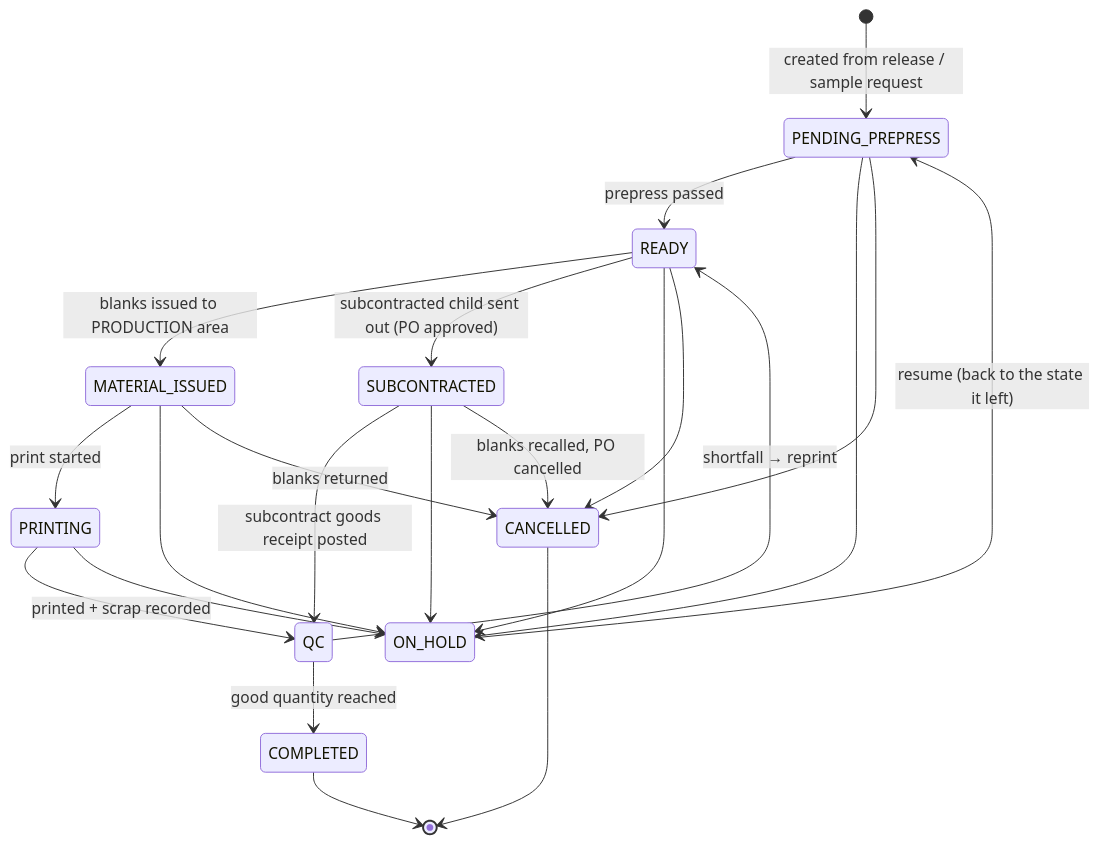
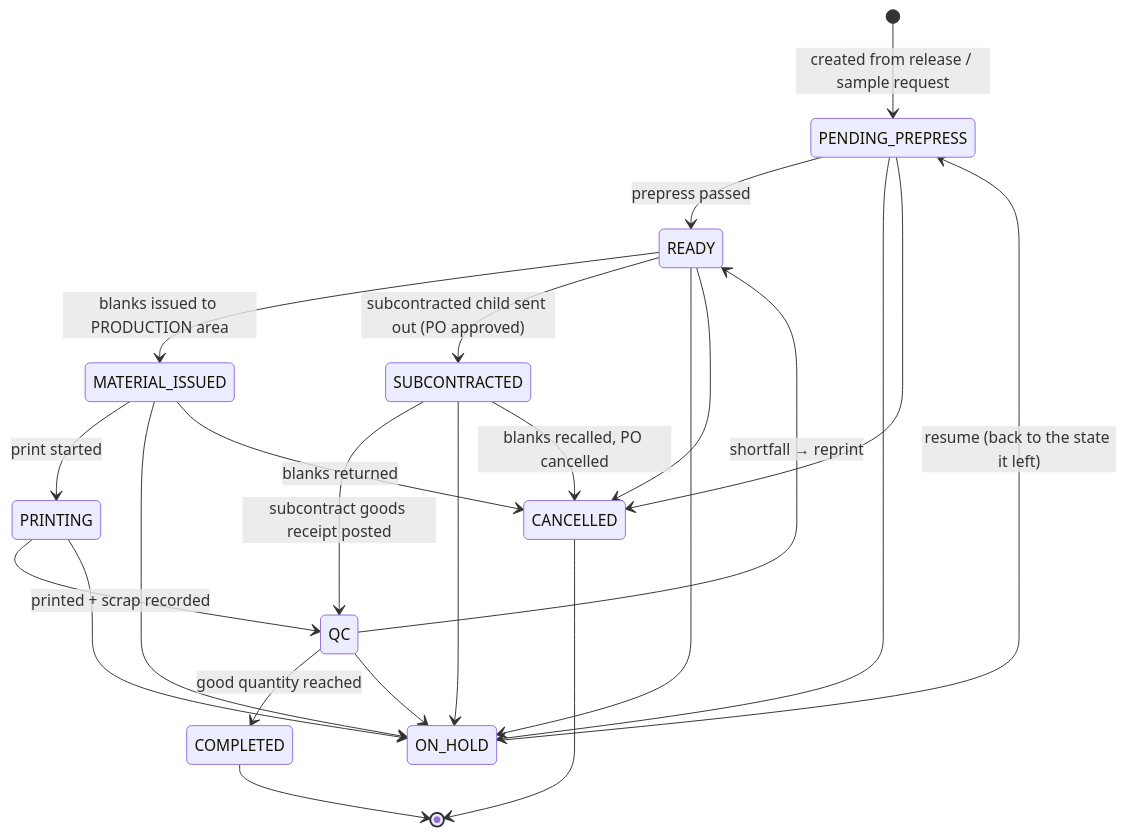
One commit to KLTN-FA26/be-backoffice-stockflow-commerce changed diagram 16 of 18 in docs/business-design/03-state-machines.md. Above: the diagram before and after it, drawn with Mermaid. The commit also changed other lines of this file and 2 other files, not shown here.

````diff
--- a/docs/business-design/03-state-machines.md
+++ b/docs/business-design/03-state-machines.md
@@ -662,24 +662,25 @@
 ```mermaid
 stateDiagram-v2
     [*] --> PENDING_PREPRESS: created from release / sample request
     PENDING_PREPRESS --> READY: prepress passed
     READY --> MATERIAL_ISSUED: blanks issued to PRODUCTION area
     MATERIAL_ISSUED --> PRINTING: print started
     PRINTING --> QC: printed + scrap recorded
     QC --> COMPLETED: good quantity reached
     QC --> READY: shortfall → reprint
     READY --> SUBCONTRACTED: subcontracted child sent out (PO approved)
     SUBCONTRACTED --> QC: subcontract goods receipt posted
     PENDING_PREPRESS --> ON_HOLD
     READY --> ON_HOLD
     MATERIAL_ISSUED --> ON_HOLD
     PRINTING --> ON_HOLD
     SUBCONTRACTED --> ON_HOLD
+    QC --> ON_HOLD
     ON_HOLD --> PENDING_PREPRESS: resume (back to the state it left)
     PENDING_PREPRESS --> CANCELLED
     READY --> CANCELLED
     MATERIAL_ISSUED --> CANCELLED: blanks returned
     SUBCONTRACTED --> CANCELLED: blanks recalled, PO cancelled
     COMPLETED --> [*]
     CANCELLED --> [*]
 ```
````
